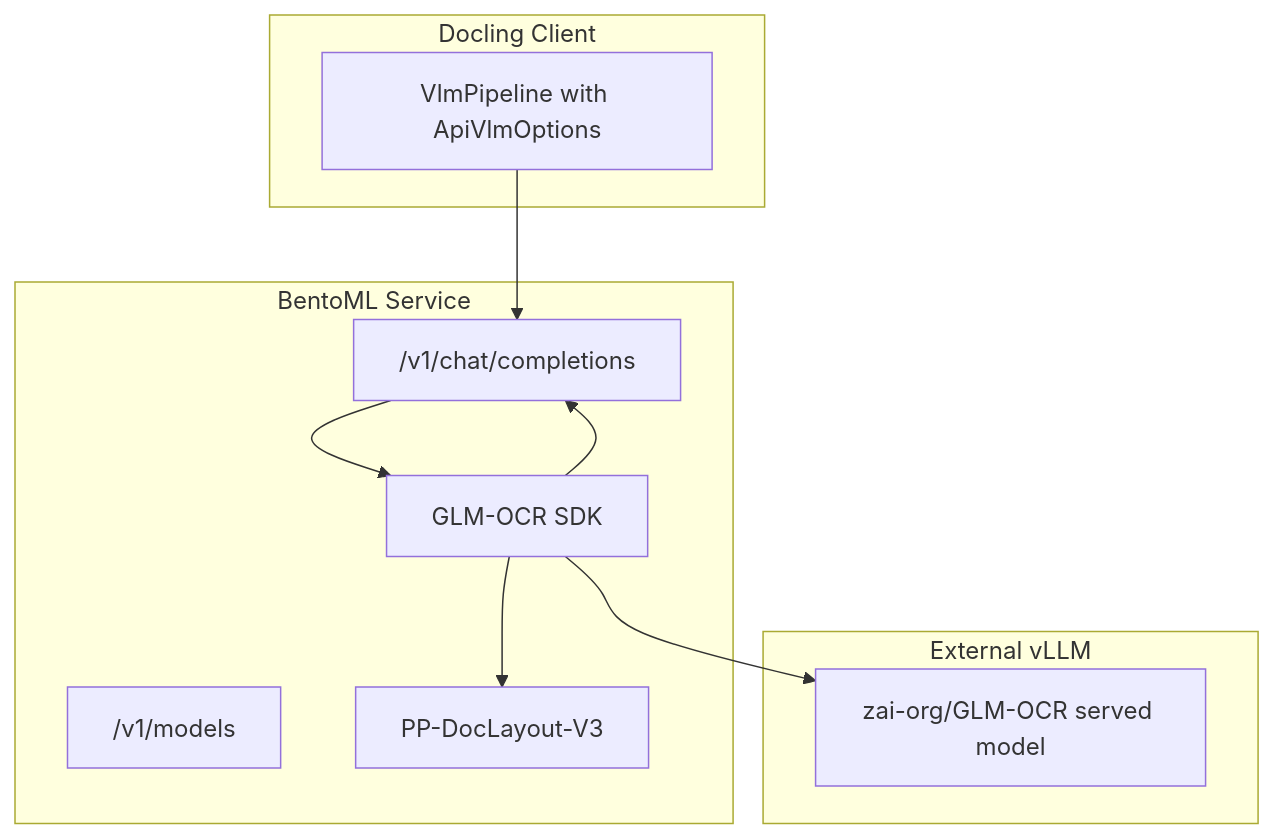
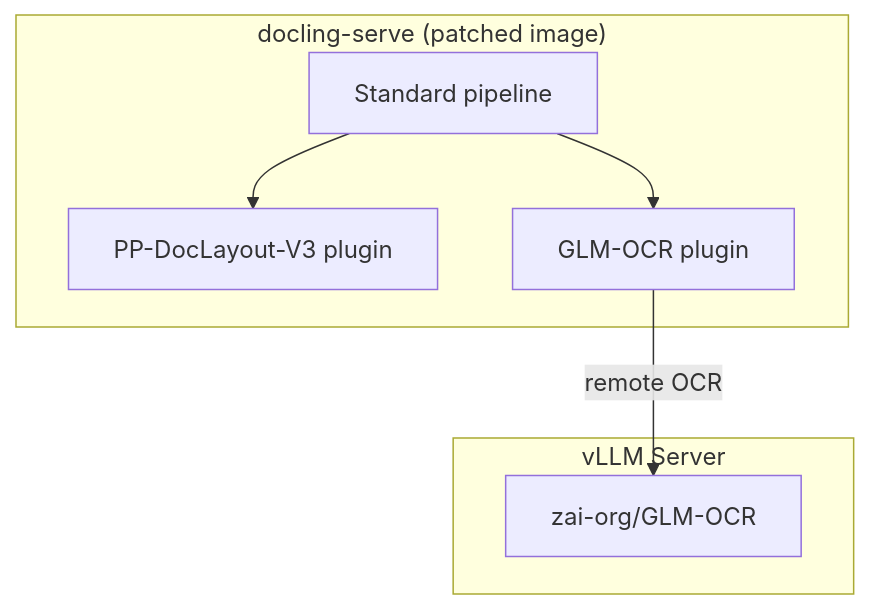
The diagram in README.md (DCC-BS/bentoml-ocr), drawn with Mermaid before and after one commit. The commit also changed other lines of this file and 41 other files, not shown here.

````diff
--- a/README.md
+++ b/README.md
@@ -17,23 +22,16 @@
 ```mermaid
 flowchart TD
-    subgraph doclingClient [Docling Client]
-        DC[VlmPipeline with ApiVlmOptions]
+    subgraph doclingServe ["docling-serve (patched image)"]
+        STD["Standard pipeline"]
+        LP["PP-DocLayout-V3 plugin"]
+        OP["GLM-OCR plugin"]
+        STD --> LP
+        STD --> OP
     end
 
-    subgraph bentoService [BentoML Service]
-        API["/v1/chat/completions"]
-        MODELS["/v1/models"]
-        SDK[GLM-OCR SDK]
-        LAYOUT[PP-DocLayout-V3]
+    subgraph vllmServer [vLLM Server]
+        GLMOCR["zai-org/GLM-OCR"]
     end
 
-    subgraph externalVllm [External vLLM]
-        VLLM["zai-org/GLM-OCR served model"]
-    end
-
-    DC --> API
-    API --> SDK
-    SDK --> LAYOUT
-    SDK --> VLLM
-    SDK --> API
+    OP -- "remote OCR" --> GLMOCR
 ```
````
